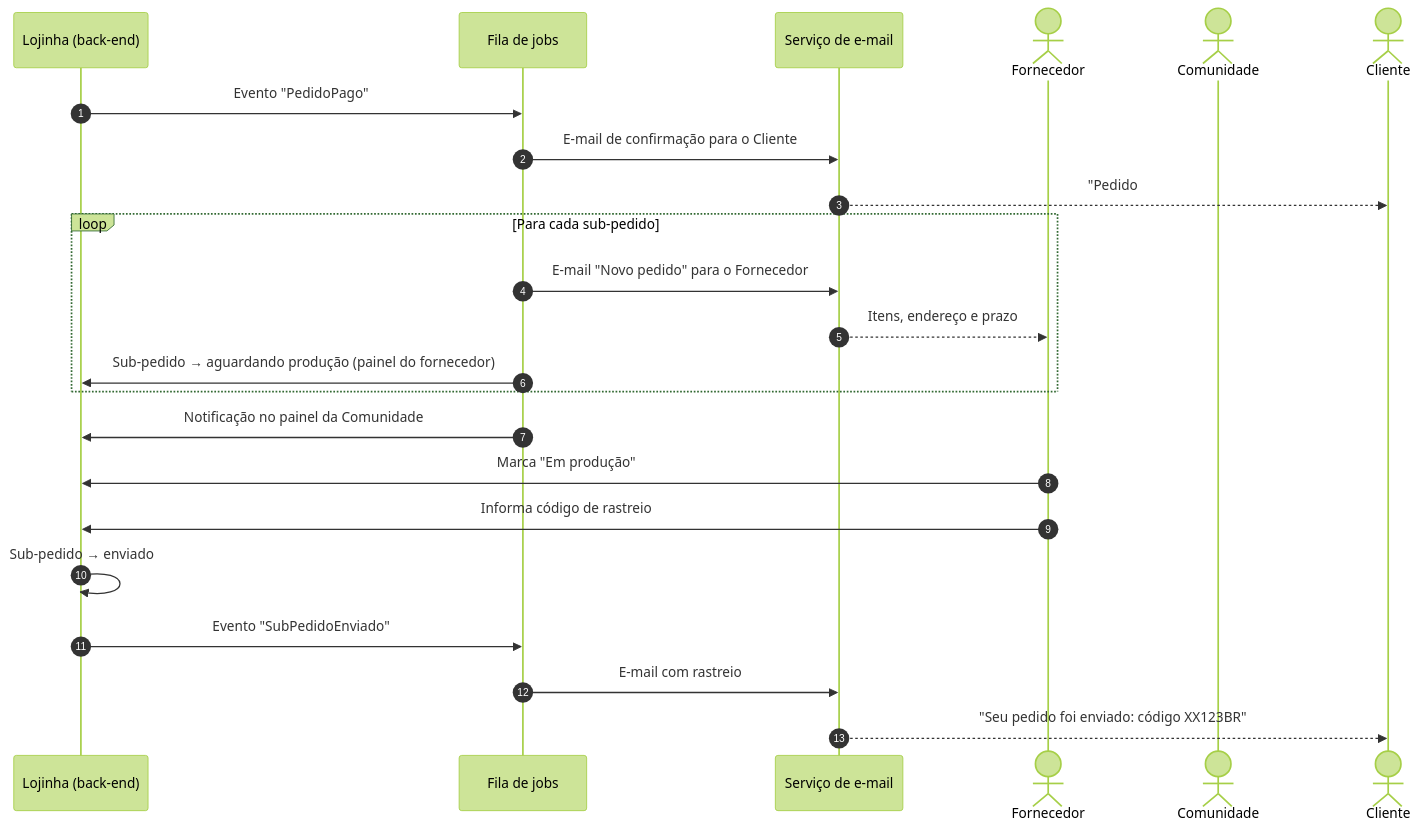
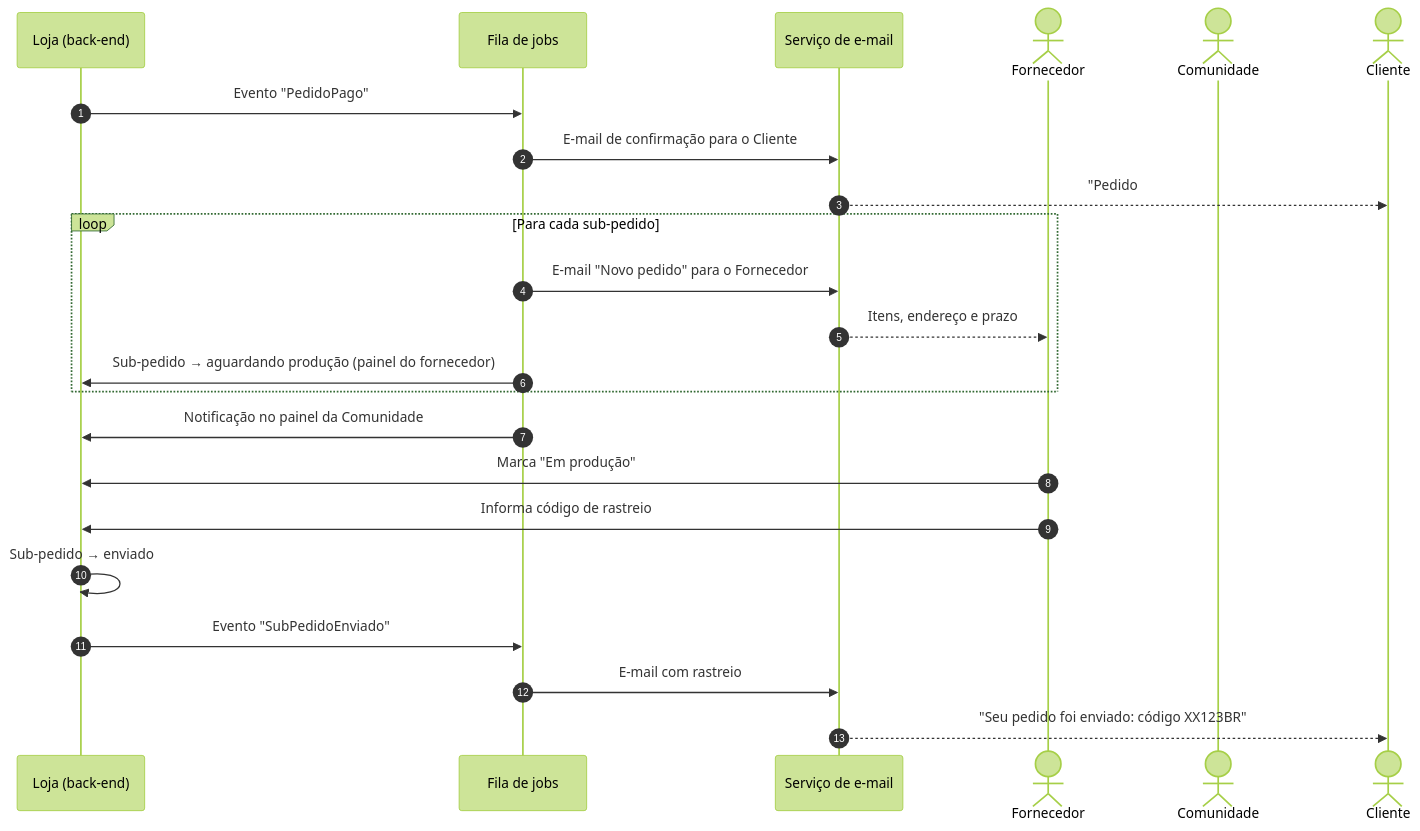
Diagram 15 of 23 in modelo-de-negocios.md (BdsOliveira/loja-tech-brasil), drawn with Mermaid (forest theme) before and after one commit. The commit also changed other lines of this file, not shown here.

````diff
--- a/modelo-de-negocios.md
+++ b/modelo-de-negocios.md
@@ -395,27 +543,27 @@
 ```mermaid
 sequenceDiagram
     autonumber
-    participant Loja as Lojinha (back-end)
+    participant Loja as Loja (back-end)
     participant Fila as Fila de jobs
     participant Mail as Serviço de e-mail
     actor Forn as Fornecedor
     actor Com as Comunidade
     actor Cliente
 
     Loja->>Fila: Evento "PedidoPago"
     Fila->>Mail: E-mail de confirmação para o Cliente
     Mail-->>Cliente: "Pedido #1001 confirmado"
     loop Para cada sub-pedido
         Fila->>Mail: E-mail "Novo pedido" para o Fornecedor
         Mail-->>Forn: Itens, endereço e prazo
         Fila->>Loja: Sub-pedido → aguardando produção (painel do fornecedor)
     end
     Fila->>Loja: Notificação no painel da Comunidade
 
     Forn->>Loja: Marca "Em produção"
     Forn->>Loja: Informa código de rastreio
     Loja->>Loja: Sub-pedido → enviado
     Loja->>Fila: Evento "SubPedidoEnviado"
     Fila->>Mail: E-mail com rastreio
     Mail-->>Cliente: "Seu pedido foi enviado: código XX123BR"
 ```
````
